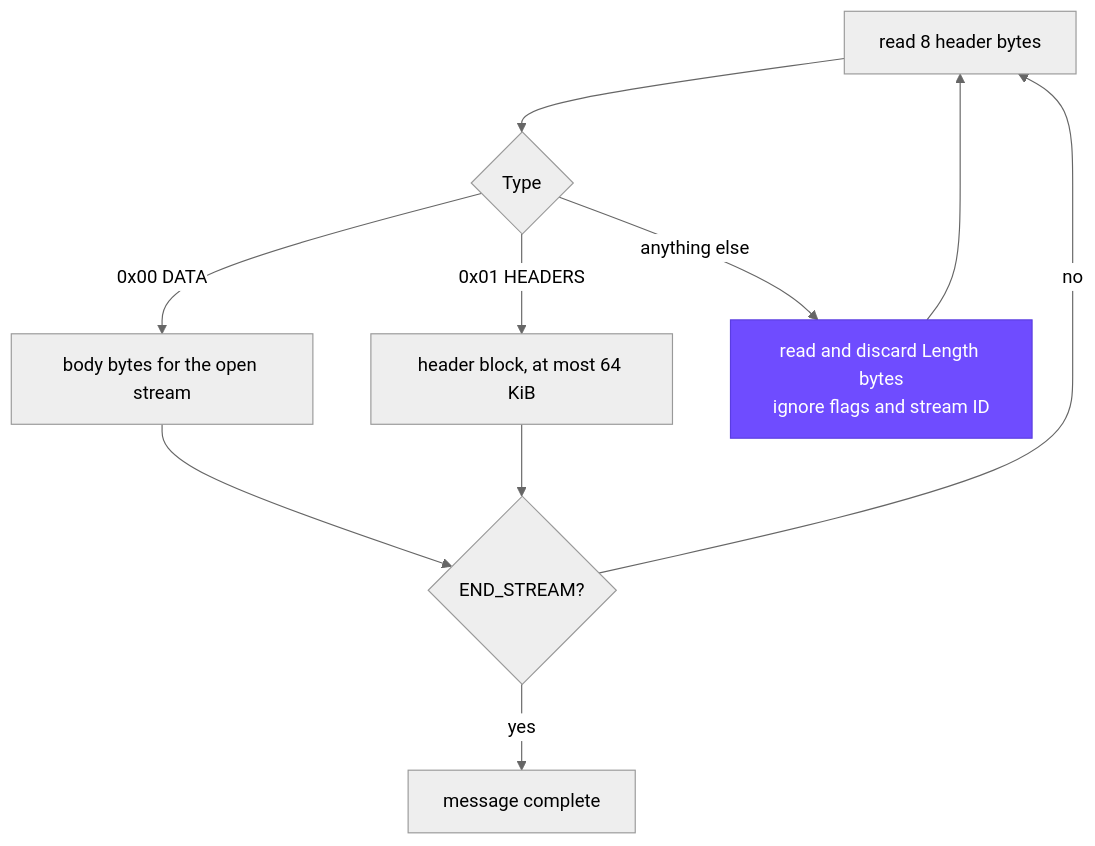
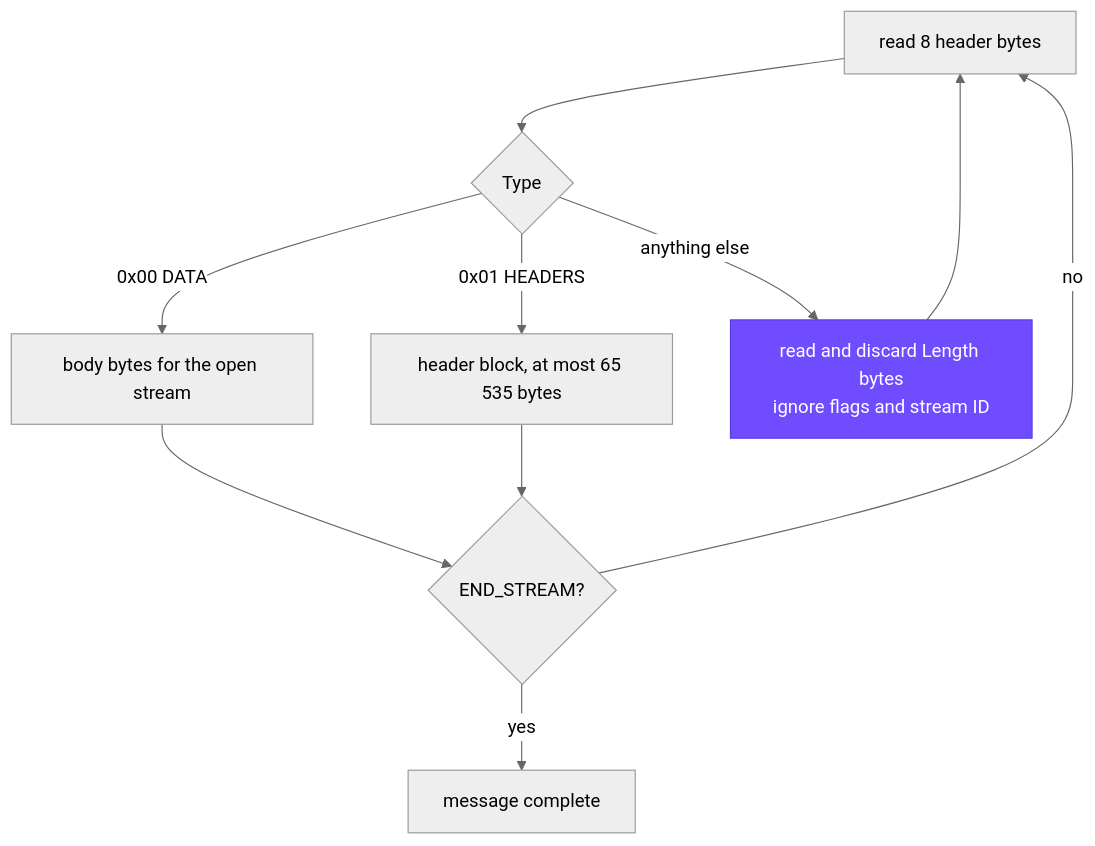
The third of 3 diagrams in README.md (mohit-1710/bhttp-network-architecture), drawn with Mermaid (neutral theme) before and after one commit. The commit also changed other lines of this file and 9 other files, not shown here.

````diff
--- a/README.md
+++ b/README.md
@@ -82,14 +82,14 @@
 ```mermaid
 flowchart TB
     A["read 8 header bytes"] --> B{"Type"}
     B -->|0x00 DATA| D["body bytes for the open stream"]
-    B -->|0x01 HEADERS| H["header block, at most 64 KiB"]
+    B -->|0x01 HEADERS| H["header block, at most 65 535 bytes"]
     B -->|anything else| U["read and discard Length bytes<br/>ignore flags and stream ID"]
     U --> A
     D --> E{"END_STREAM?"}
     H --> E
     E -->|no| A
     E -->|yes| F["message complete"]
 
     style U fill:#6f4cff,color:#fff,stroke:#5a3de0
 ```
````
